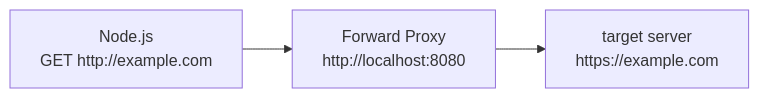
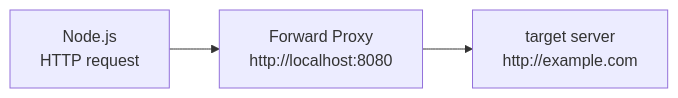
Before and after one commit to samuel871211/yusheng-tech-blog: the third of 8 diagrams in docs/nodejs/http_proxy.md, drawn with Mermaid. The commit also changed other lines of this file and 8 other files, not shown here.

Commit message:
http_proxy images

````diff
--- a/docs/nodejs/http_proxy.md
+++ b/docs/nodejs/http_proxy.md
@@ -71,5 +75,5 @@
 ```mermaid
 flowchart LR
-  A["Node.js<br/>GET http://example.com"] --> B[Forward Proxy<br/>http://localhost:8080]
-  B --> C["target server<br/>https://example.com"]
+  A["Node.js<br/>HTTP request"] --> B[Forward Proxy<br/>http://localhost:8080]
+  B --> C["target server<br/>http://example.com"]
 ```
````
